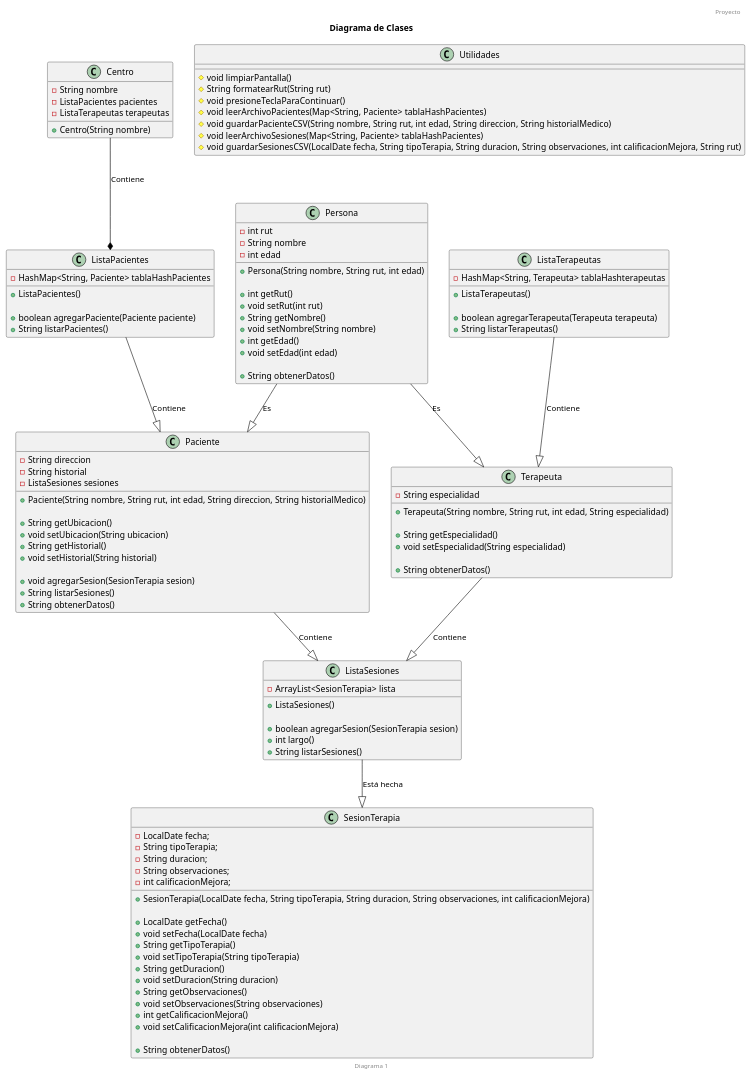
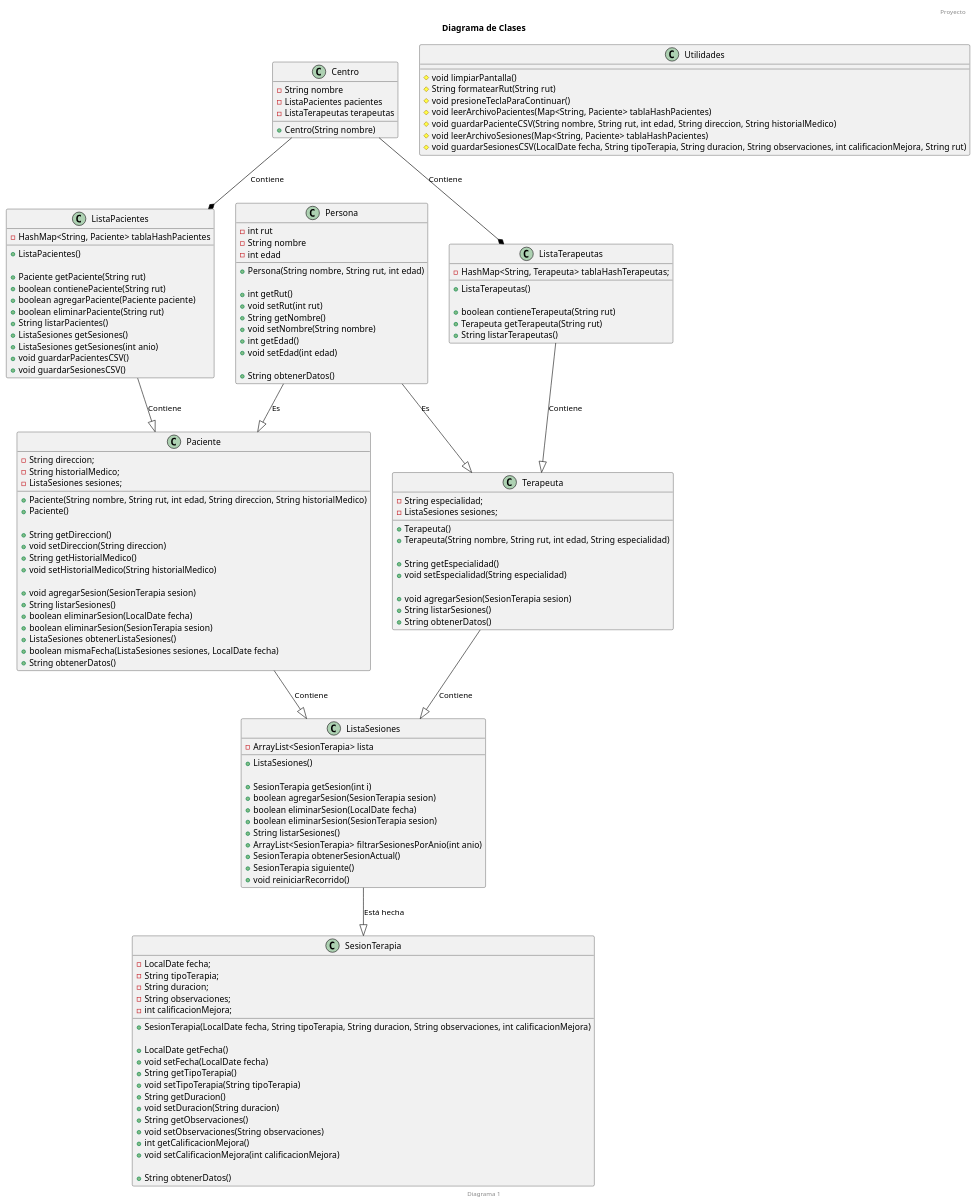
The diagram in src/main/java/Diagramas/Diagrama de Clases.puml (Ian-Misael/Proyecto-SIA), drawn with PlantUML before and after one commit. The commit also changed 32 other files, not shown here.

Commit message:
Eliminar y FIltrar Listos, diagramas ok

```diff
--- a/src/main/java/Diagramas/Diagrama de Clases.puml
+++ b/src/main/java/Diagramas/Diagrama de Clases.puml
@@ -1,130 +1,154 @@
 @startuml Programa
 
 title Diagrama de Clases
 header Proyecto
 footer Diagrama 1
 
 class Centro {
     - String nombre
     - ListaPacientes pacientes
     - ListaTerapeutas terapeutas
 
     + Centro(String nombre)
 }
 
 class Persona {
     - int rut
     - String nombre
     - int edad
 
     + Persona(String nombre, String rut, int edad)
 
     + int getRut()
     + void setRut(int rut)
     + String getNombre()
     + void setNombre(String nombre)
     + int getEdad()
     + void setEdad(int edad)
 
     + String obtenerDatos()
 }
 
 class ListaPacientes {
     - HashMap<String, Paciente> tablaHashPacientes
-
+    
     + ListaPacientes()
-
+    
+    + Paciente getPaciente(String rut)
+    + boolean contienePaciente(String rut)
     + boolean agregarPaciente(Paciente paciente)
+    + boolean eliminarPaciente(String rut)
     + String listarPacientes()
+    + ListaSesiones getSesiones()
+    + ListaSesiones getSesiones(int anio)
+    + void guardarPacientesCSV()
+    + void guardarSesionesCSV()
 }
 
 class Paciente {
-    - String direccion
-    - String historial
-    - ListaSesiones sesiones
+    - String direccion;
+    - String historialMedico;
+    - ListaSesiones sesiones;
+
+    + Paciente(String nombre, String rut, int edad, String direccion, String historialMedico)
+    + Paciente()
+
+    + String getDireccion()
+    + void setDireccion(String direccion)
+    + String getHistorialMedico()
+    + void setHistorialMedico(String historialMedico)
     
-    + Paciente(String nombre, String rut, int edad, String direccion, String historialMedico)
-
-    + String getUbicacion()
-    + void setUbicacion(String ubicacion)
-    + String getHistorial()
-    + void setHistorial(String historial)
-
     + void agregarSesion(SesionTerapia sesion)
     + String listarSesiones()
+    + boolean eliminarSesion(LocalDate fecha)
+    + boolean eliminarSesion(SesionTerapia sesion)
+    + ListaSesiones obtenerListaSesiones()
+    + boolean mismaFecha(ListaSesiones sesiones, LocalDate fecha)
     + String obtenerDatos()
 }
 
 class ListaTerapeutas {
-    - HashMap<String, Terapeuta> tablaHashterapeutas
-
+    - HashMap<String, Terapeuta> tablaHashTerapeutas;
+    
     + ListaTerapeutas()
-
-    + boolean agregarTerapeuta(Terapeuta terapeuta)
+    
+    + boolean contieneTerapeuta(String rut)
+    + Terapeuta getTerapeuta(String rut)
     + String listarTerapeutas()
 }
 
 class Terapeuta {
-    - String especialidad
-
+    - String especialidad;
+    - ListaSesiones sesiones;
+    
+    + Terapeuta()
     + Terapeuta(String nombre, String rut, int edad, String especialidad)
     
     + String getEspecialidad()
     + void setEspecialidad(String especialidad)
 
+    + void agregarSesion(SesionTerapia sesion)
+    + String listarSesiones() 
     + String obtenerDatos()
 }
 
 class ListaSesiones {
     - ArrayList<SesionTerapia> lista
 
     + ListaSesiones()
-
+    
+    + SesionTerapia getSesion(int i)
     + boolean agregarSesion(SesionTerapia sesion)
-    + int largo()
+    + boolean eliminarSesion(LocalDate fecha)      
+    + boolean eliminarSesion(SesionTerapia sesion)
     + String listarSesiones()
+    + ArrayList<SesionTerapia> filtrarSesionesPorAnio(int anio)
+    + SesionTerapia obtenerSesionActual()
+    + SesionTerapia siguiente()
+    + void reiniciarRecorrido()
 }
 
 class SesionTerapia {
     - LocalDate fecha;
     - String tipoTerapia;
     - String duracion;
     - String observaciones;
     - int calificacionMejora;
     
     + SesionTerapia(LocalDate fecha, String tipoTerapia, String duracion, String observaciones, int calificacionMejora)
 
     + LocalDate getFecha()
     + void setFecha(LocalDate fecha)
     + String getTipoTerapia() 
     + void setTipoTerapia(String tipoTerapia)
     + String getDuracion()
     + void setDuracion(String duracion)
     + String getObservaciones() 
     + void setObservaciones(String observaciones)
     + int getCalificacionMejora()
     + void setCalificacionMejora(int calificacionMejora)
 
     + String obtenerDatos()
 }
 
 class Utilidades {
     # void limpiarPantalla()
     # String formatearRut(String rut)
     # void presioneTeclaParaContinuar()
     # void leerArchivoPacientes(Map<String, Paciente> tablaHashPacientes)
     # void guardarPacienteCSV(String nombre, String rut, int edad, String direccion, String historialMedico)
     # void leerArchivoSesiones(Map<String, Paciente> tablaHashPacientes)
     # void guardarSesionesCSV(LocalDate fecha, String tipoTerapia, String duracion, String observaciones, int calificacionMejora, String rut)
 }
 
 Centro -[#black]-* ListaPacientes : Contiene
+Centro -[#black]-* ListaTerapeutas : Contiene
 Persona --|> Paciente : Es
 Persona --|> Terapeuta : Es
 ListaPacientes --|> Paciente : Contiene
 ListaTerapeutas --|> Terapeuta : Contiene
 Paciente --|> ListaSesiones : Contiene
 Terapeuta --|> ListaSesiones : Contiene
 ListaSesiones --|> SesionTerapia : Está hecha
 
 @enduml
```
